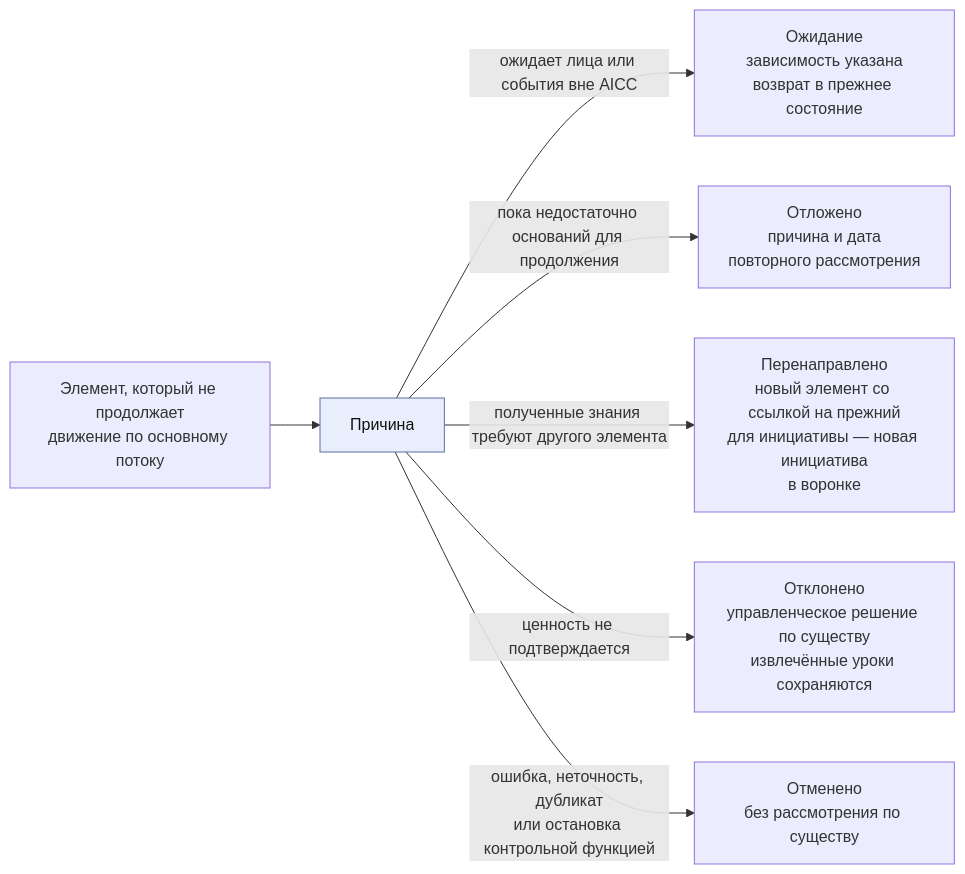
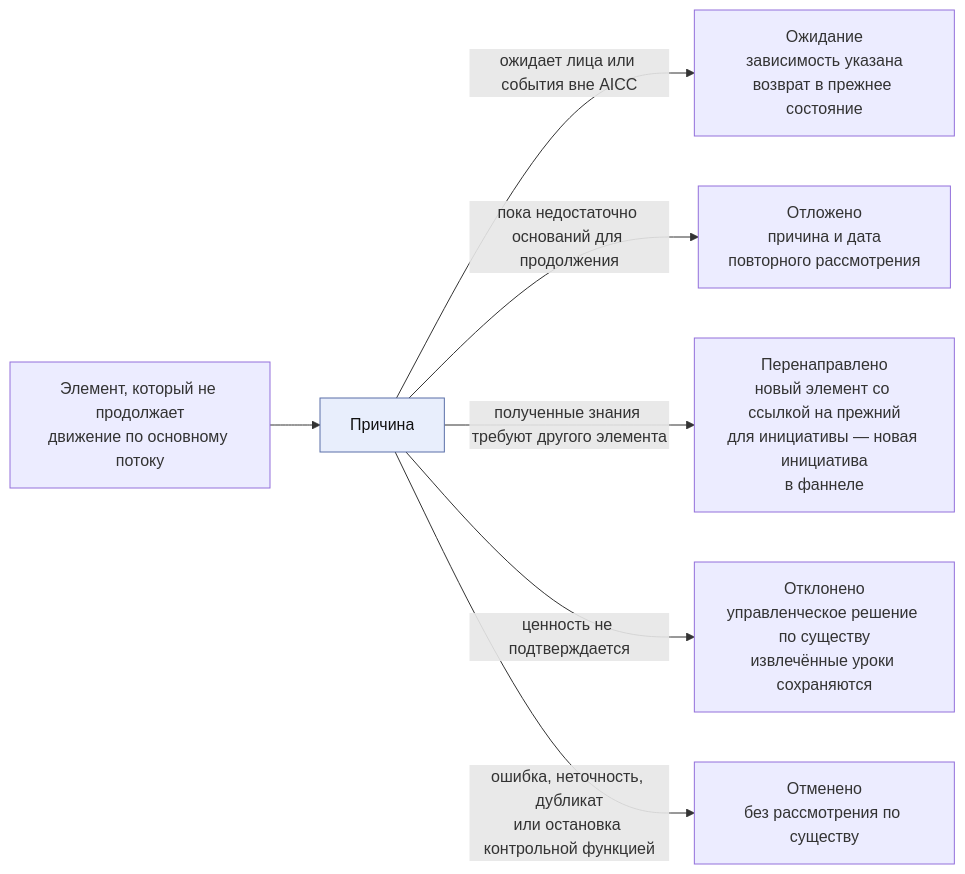
One commit to devhogu/ob-aicc changed the third of 10 diagrams in charter/ru/workflows/service-delivery.md. Above: the diagram before and after it, drawn with Mermaid. The commit also changed other lines of this file and 96 other files, not shown here.

````diff
--- a/charter/ru/workflows/service-delivery.md
+++ b/charter/ru/workflows/service-delivery.md
@@ -73,11 +73,11 @@
 ```mermaid
 flowchart LR
   IT["Элемент, который не продолжает<br/>движение по основному потоку"] --> Q["Причина"]
   Q -->|"ожидает лица или события вне AICC"| WT["Ожидание<br/>зависимость указана<br/>возврат в прежнее состояние"]
   Q -->|"пока недостаточно оснований для продолжения"| DF["Отложено<br/>причина и дата<br/>повторного рассмотрения"]
-  Q -->|"полученные знания требуют другого элемента"| PV["Перенаправлено<br/>новый элемент со ссылкой на прежний<br/>для инициативы — новая инициатива<br/>в воронке"]
+  Q -->|"полученные знания требуют другого элемента"| PV["Перенаправлено<br/>новый элемент со ссылкой на прежний<br/>для инициативы — новая инициатива<br/>в фаннеле"]
   Q -->|"ценность не подтверждается"| RJ["Отклонено<br/>управленческое решение по существу<br/>извлечённые уроки сохраняются"]
   Q -->|"ошибка, неточность, дубликат<br/>или остановка контрольной функцией"| CN["Отменено<br/>без рассмотрения по существу"]
   classDef gate fill:#e8eefc,stroke:#5a6fa8,color:#111
   class Q gate
 ```
````
